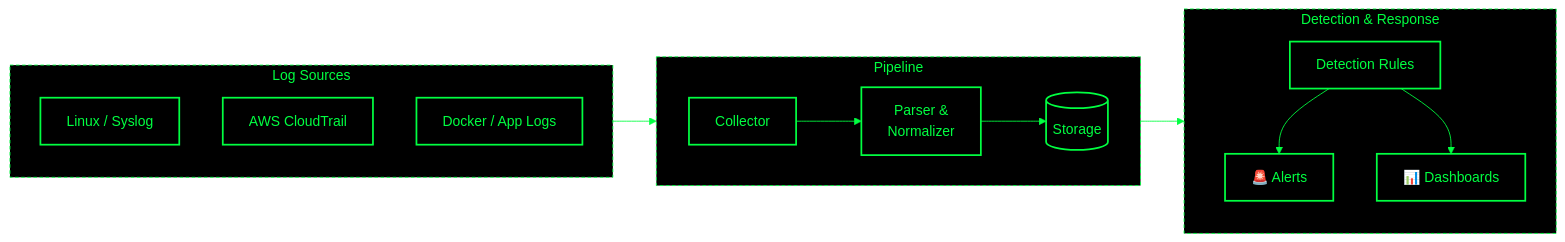
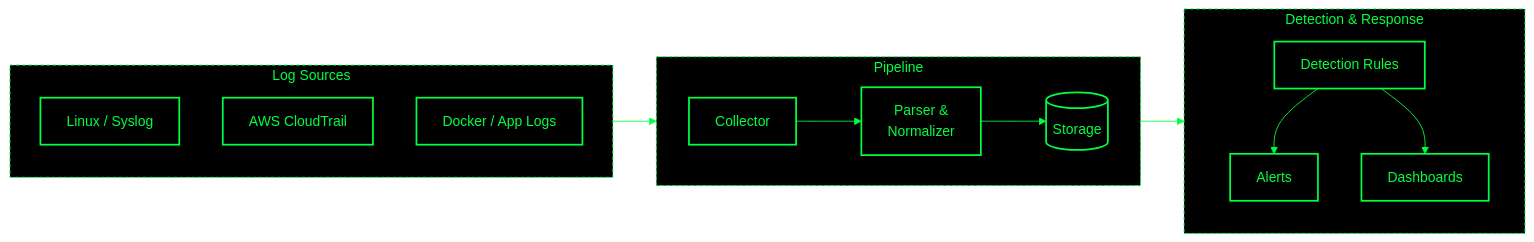
The fifth of 5 diagrams in README.md (karabo17-x/karabo17-x), drawn with Mermaid before and after one commit. The commit also changed other lines of this file, not shown here.

````diff
--- a/README.md
+++ b/README.md
@@ -168,30 +169,30 @@
 ```mermaid
 %%{init: {'theme':'base','themeVariables':{'background':'#000000','primaryColor':'#000000','primaryTextColor':'#00ff41','primaryBorderColor':'#00ff41','lineColor':'#00ff41','secondaryColor':'#000000','tertiaryColor':'#000000','fontFamily':'Courier New, monospace'}}}%%
 flowchart LR
     subgraph SRC["Log Sources"]
         direction TB
         L1["Linux / Syslog"]
         L2["AWS CloudTrail"]
         L3["Docker / App Logs"]
     end
 
     subgraph PIPE["Pipeline"]
         direction LR
         COL["Collector"] --> PAR["Parser &<br/>Normalizer"] --> STO[("Storage")]
     end
 
     subgraph DET["Detection & Response"]
         direction TB
-        RUL["Detection Rules"] --> ALR["🚨 Alerts"]
-        RUL --> DSH["📊 Dashboards"]
+        RUL["Detection Rules"] --> ALR["Alerts"]
+        RUL --> DSH["Dashboards"]
     end
 
     SRC --> COL
     STO --> RUL
 
     classDef n fill:#000,stroke:#00ff41,stroke-width:2px,color:#00ff41;
     class L1,L2,L3,COL,PAR,STO,RUL,ALR,DSH n;
     style SRC fill:#000,stroke:#00ff41,stroke-dasharray:4 3,color:#00ff41
     style PIPE fill:#000,stroke:#00ff41,stroke-dasharray:4 3,color:#00ff41
     style DET fill:#000,stroke:#00ff41,stroke-dasharray:4 3,color:#00ff41
 ```
````
